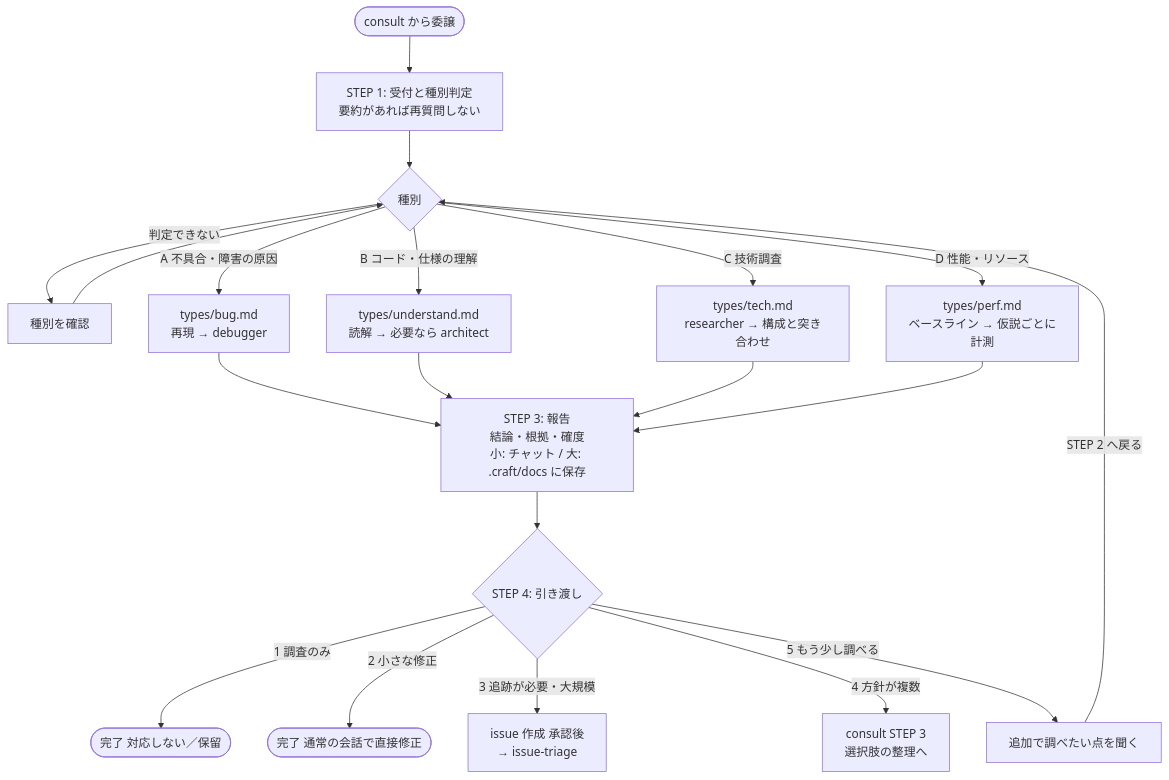
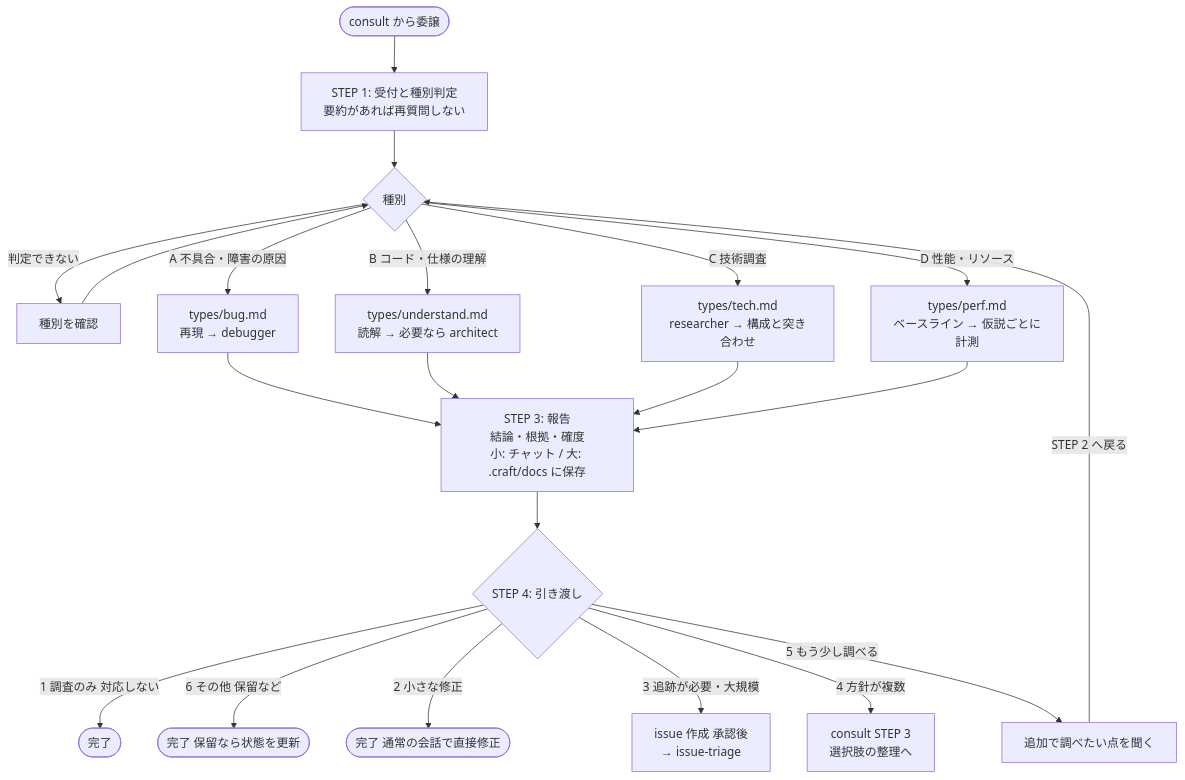
Before and after one commit to agaemo/dotfiles: the diagram in claude/skills/craft/flows/investigate/README.md, drawn with Mermaid. The commit also changed 3 other files, not shown here.

````diff
--- a/claude/skills/craft/flows/investigate/README.md
+++ b/claude/skills/craft/flows/investigate/README.md
@@ -7,23 +7,24 @@
 ```mermaid
 flowchart TD
     START([consult から委譲]) --> S1["STEP 1: 受付と種別判定\n要約があれば再質問しない"]
     S1 --> TYPE{種別}
     TYPE -->|判定できない| ASKT["種別を確認"]
     ASKT --> TYPE
     TYPE -->|A 不具合・障害の原因| A["types/bug.md\n再現 → debugger"]
     TYPE -->|B コード・仕様の理解| B["types/understand.md\n読解 → 必要なら architect"]
     TYPE -->|C 技術調査| C["types/tech.md\nresearcher → 構成と突き合わせ"]
     TYPE -->|D 性能・リソース| D["types/perf.md\nベースライン → 仮説ごとに計測"]
     A --> S3
     B --> S3
     C --> S3
     D --> S3
     S3["STEP 3: 報告\n結論・根拠・確度\n小: チャット / 大: .craft/docs に保存"]
     S3 --> S4{"STEP 4: 引き渡し"}
-    S4 -->|1 調査のみ| E1([完了 対応しない／保留])
+    S4 -->|1 調査のみ 対応しない| E1([完了])
+    S4 -->|6 その他 保留など| E6([完了 保留なら状態を更新])
     S4 -->|2 小さな修正| E2([完了 通常の会話で直接修正])
     S4 -->|3 追跡が必要・大規模| ISSUE["issue 作成 承認後\n→ issue-triage"]
     S4 -->|4 方針が複数| CONS["consult STEP 3\n選択肢の整理へ"]
     S4 -->|5 もう少し調べる| MORE["追加で調べたい点を聞く"]
     MORE -->|STEP 2 へ戻る| TYPE
 ```
````
